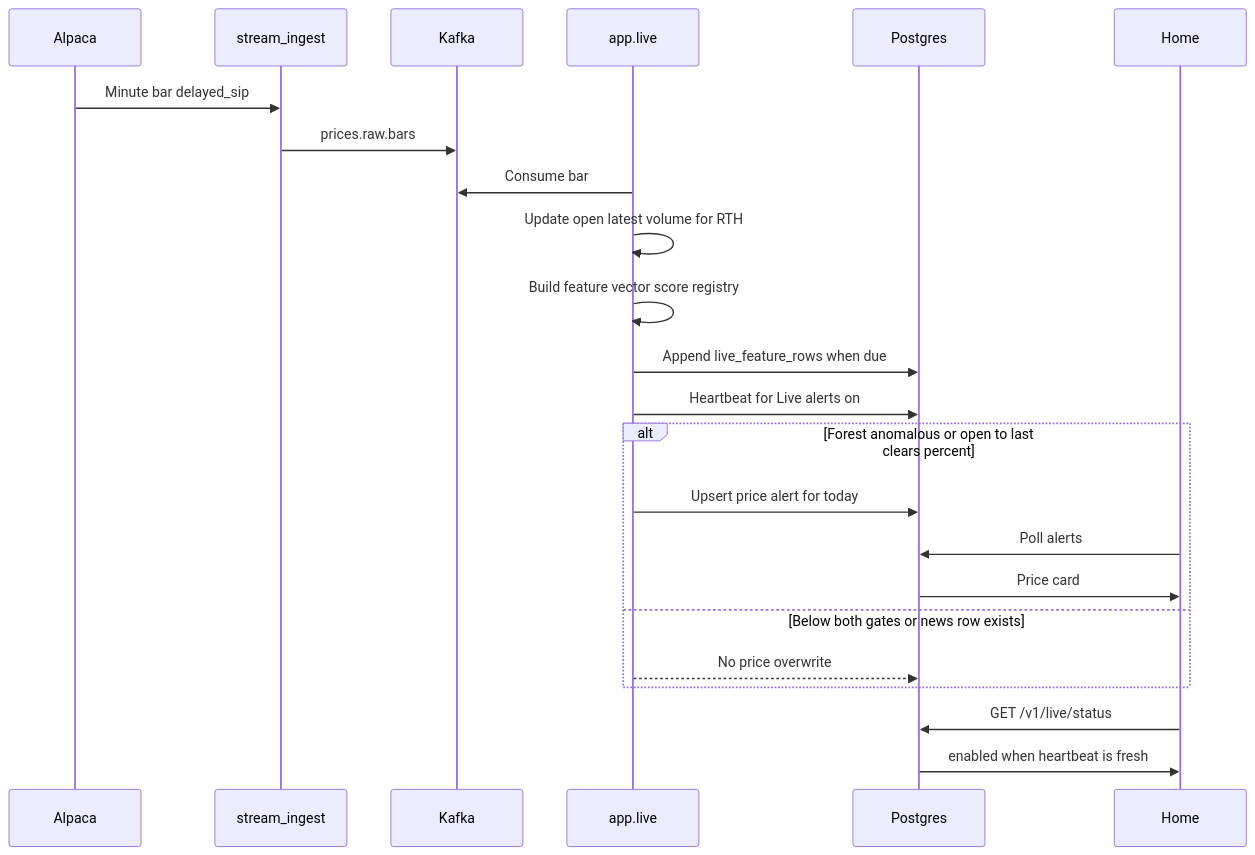
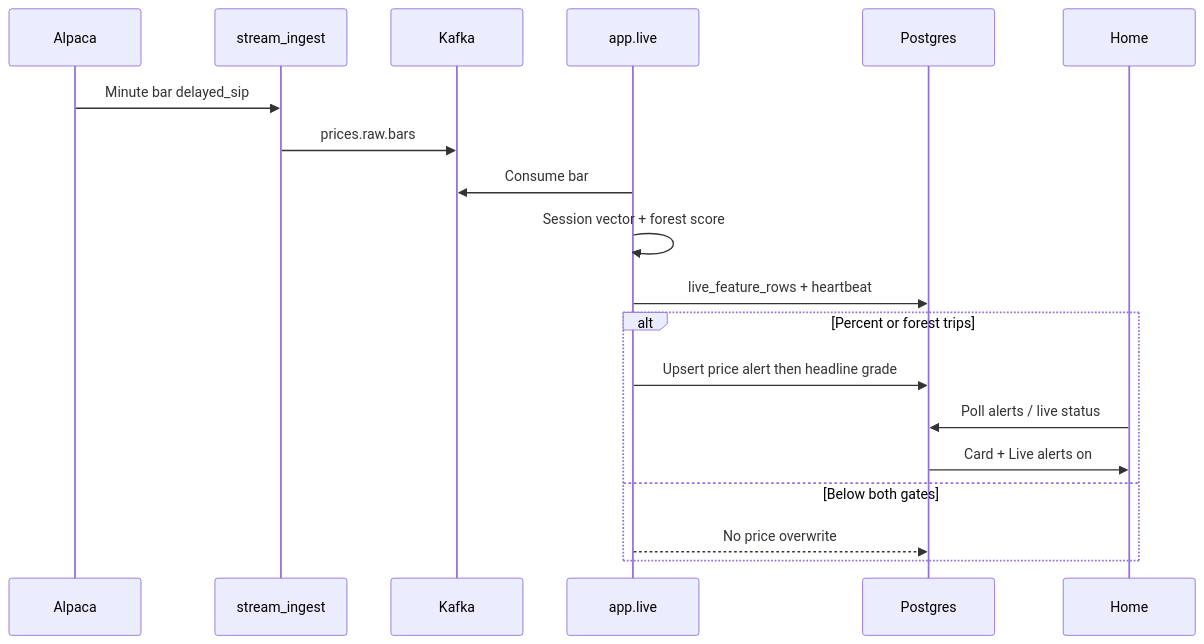
Before and after one commit to sameerde4/ticker-alert-system: the fourth of 10 diagrams in docs/architecture.md, drawn with Mermaid. The commit also changed other lines of this file and 2 other files, not shown here.

First line of the commit message:
Publish finished-system architecture with slide-friendly diagrams.

````diff
--- a/docs/architecture.md
+++ b/docs/architecture.md
@@ -277,26 +277,22 @@
 ```mermaid
 sequenceDiagram
     participant Alpaca
     participant Producer as stream_ingest
     participant Kafka
     participant Live as app.live
     participant PG as Postgres
     participant UI as Home
 
     Alpaca->>Producer: Minute bar delayed_sip
     Producer->>Kafka: prices.raw.bars
     Live->>Kafka: Consume bar
-    Live->>Live: Update open latest volume for RTH
-    Live->>Live: Build feature vector score registry
-    Live->>PG: Append live_feature_rows when due
-    Live->>PG: Heartbeat for Live alerts on
-    alt Forest anomalous or open to last clears percent
-        Live->>PG: Upsert price alert for today
-        UI->>PG: Poll alerts
-        PG->>UI: Price card
-    else Below both gates or news row exists
+    Live->>Live: Session vector + forest score
+    Live->>PG: live_feature_rows + heartbeat
+    alt Percent or forest trips
+        Live->>PG: Upsert price alert then headline grade
+        UI->>PG: Poll alerts / live status
+        PG->>UI: Card + Live alerts on
+    else Below both gates
         Live-->>PG: No price overwrite
     end
-    UI->>PG: GET /v1/live/status
-    PG->>UI: enabled when heartbeat is fresh
 ```
````
